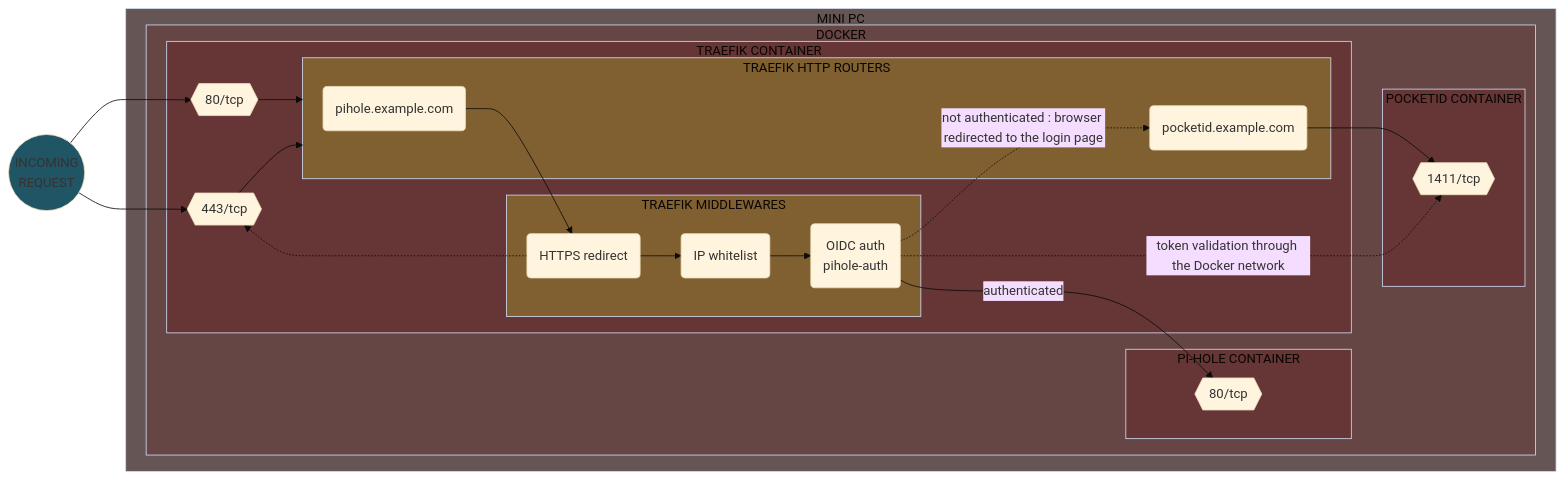
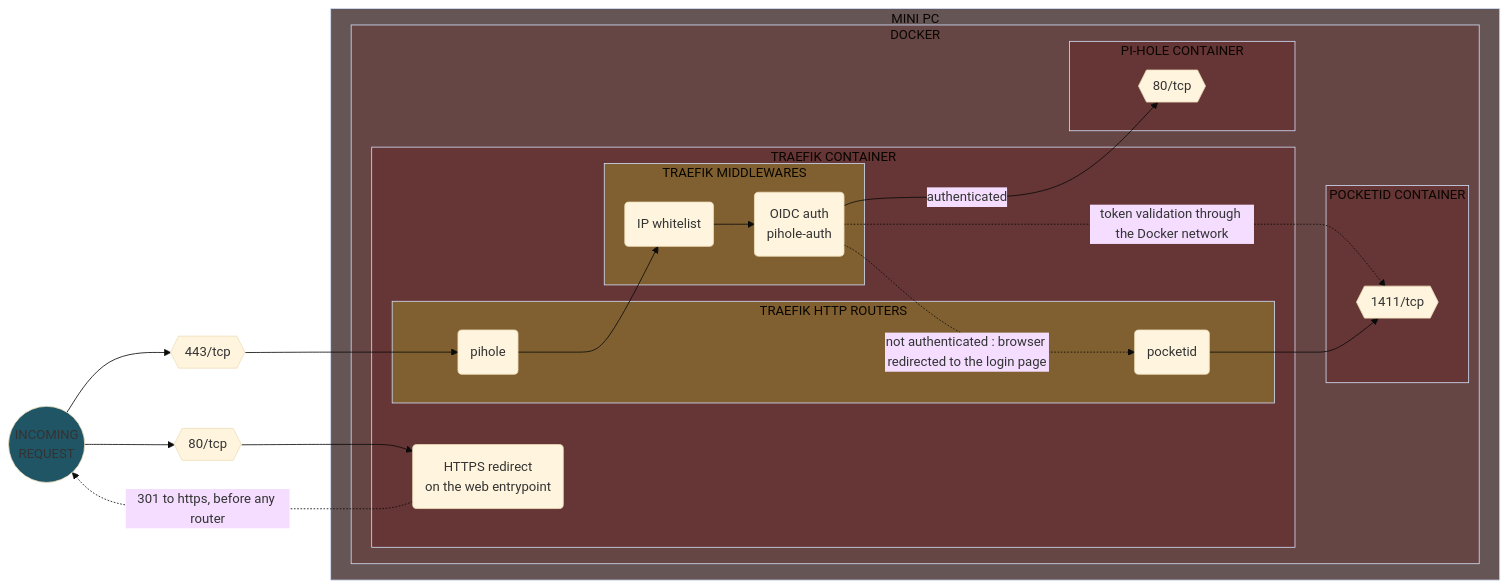
One commit to Yann39/self-hosted-n100 changed the tenth of 31 diagrams in README.md. Above: the diagram before and after it, drawn with Mermaid (base theme). The commit also changed other lines of this file, not shown here.

````diff
--- a/README.md
+++ b/README.md
@@ -2780,61 +2769,59 @@
 ```mermaid
 flowchart LR
     style INCOMING_REQUEST fill: #205566
     style TRAEFIK_CONTAINER fill: #663535
     style APP_CONTAINER fill: #663535
     style POCKETID_CONTAINER fill: #663535
     style TRAEFIK_ROUTER fill: #806030
     style TRAEFIK_MIDDLEWARE fill: #806030
     style SERVER_DEVICE fill: #665555
     style CONTAINER_ENGINE fill: #664545
     DOCKER_TRAEFIK_PORT443{{443/tcp}}
     DOCKER_TRAEFIK_PORT80{{80/tcp}}
     DOCKER_APP_PORT{{80/tcp}}
     DOCKER_POCKETID_PORT{{1411/tcp}}
-    TRAEFIK_ROUTER_APP(pihole.example.com)
-    TRAEFIK_ROUTER_POCKETID(pocketid.example.com)
-    TRAEFIK_MIDDLEWARE_REDIRECT(HTTPS redirect)
+    TRAEFIK_ROUTER_APP(pihole)
+    TRAEFIK_ROUTER_POCKETID(pocketid)
+    TRAEFIK_MIDDLEWARE_REDIRECT(HTTPS redirect\non the web entrypoint)
     TRAEFIK_MIDDLEWARE_IP_WHITELIST(IP whitelist)
     TRAEFIK_MIDDLEWARE_OIDC(OIDC auth\npihole-auth)
     INCOMING_REQUEST((INCOMING\nREQUEST))
-    INCOMING_REQUEST --> DOCKER_TRAEFIK_PORT443
-    INCOMING_REQUEST --> DOCKER_TRAEFIK_PORT80
 
     subgraph SERVER_DEVICE[MINI PC]
         subgraph CONTAINER_ENGINE[DOCKER]
+            subgraph TRAEFIK_CONTAINER[TRAEFIK CONTAINER]
+                TRAEFIK_MIDDLEWARE_REDIRECT
+
+                subgraph TRAEFIK_MIDDLEWARE[TRAEFIK MIDDLEWARES]
+                    TRAEFIK_MIDDLEWARE_IP_WHITELIST
+                    TRAEFIK_MIDDLEWARE_OIDC
+                end
+
+                subgraph TRAEFIK_ROUTER[TRAEFIK HTTP ROUTERS]
+                    TRAEFIK_ROUTER_APP
+                    TRAEFIK_ROUTER_POCKETID
+                end
+            end
+
             subgraph APP_CONTAINER[PI-HOLE CONTAINER]
                 DOCKER_APP_PORT
             end
 
             subgraph POCKETID_CONTAINER[POCKETID CONTAINER]
                 DOCKER_POCKETID_PORT
             end
-
-            subgraph TRAEFIK_CONTAINER[TRAEFIK CONTAINER]
-                DOCKER_TRAEFIK_PORT443 --> TRAEFIK_ROUTER
-                DOCKER_TRAEFIK_PORT80 --> TRAEFIK_ROUTER
-
-                subgraph TRAEFIK_ROUTER[TRAEFIK HTTP ROUTERS]
-                    TRAEFIK_ROUTER_APP
-                    TRAEFIK_ROUTER_POCKETID
-                end
-
-                subgraph TRAEFIK_MIDDLEWARE[TRAEFIK MIDDLEWARES]
-                    TRAEFIK_MIDDLEWARE_REDIRECT
-                    TRAEFIK_MIDDLEWARE_IP_WHITELIST
-                    TRAEFIK_MIDDLEWARE_OIDC
-                end
-
-                TRAEFIK_ROUTER_APP --> TRAEFIK_MIDDLEWARE_REDIRECT
-                TRAEFIK_MIDDLEWARE_REDIRECT --> TRAEFIK_MIDDLEWARE_IP_WHITELIST
-                TRAEFIK_MIDDLEWARE_REDIRECT -.-> DOCKER_TRAEFIK_PORT443
-                TRAEFIK_MIDDLEWARE_IP_WHITELIST --> TRAEFIK_MIDDLEWARE_OIDC
-                TRAEFIK_MIDDLEWARE_OIDC -->|authenticated| DOCKER_APP_PORT
-                TRAEFIK_MIDDLEWARE_OIDC -.->|not authenticated : browser redirected to the login page| TRAEFIK_ROUTER_POCKETID
-                TRAEFIK_MIDDLEWARE_OIDC -.->|token validation through the Docker network| DOCKER_POCKETID_PORT
-                TRAEFIK_ROUTER_POCKETID --> DOCKER_POCKETID_PORT
-            end
-
         end
     end
+
+    INCOMING_REQUEST --> DOCKER_TRAEFIK_PORT443
+    INCOMING_REQUEST --> DOCKER_TRAEFIK_PORT80
+    DOCKER_TRAEFIK_PORT443 --> TRAEFIK_ROUTER_APP
+    DOCKER_TRAEFIK_PORT80 --> TRAEFIK_MIDDLEWARE_REDIRECT
+    TRAEFIK_MIDDLEWARE_REDIRECT -.->|301 to https, before any router| INCOMING_REQUEST
+    TRAEFIK_ROUTER_APP --> TRAEFIK_MIDDLEWARE_IP_WHITELIST
+    TRAEFIK_MIDDLEWARE_IP_WHITELIST --> TRAEFIK_MIDDLEWARE_OIDC
+    TRAEFIK_MIDDLEWARE_OIDC -->|authenticated| DOCKER_APP_PORT
+    TRAEFIK_MIDDLEWARE_OIDC -.->|not authenticated : browser redirected to the login page| TRAEFIK_ROUTER_POCKETID
+    TRAEFIK_MIDDLEWARE_OIDC -.->|token validation through the Docker network| DOCKER_POCKETID_PORT
+    TRAEFIK_ROUTER_POCKETID --> DOCKER_POCKETID_PORT
 ```
````
